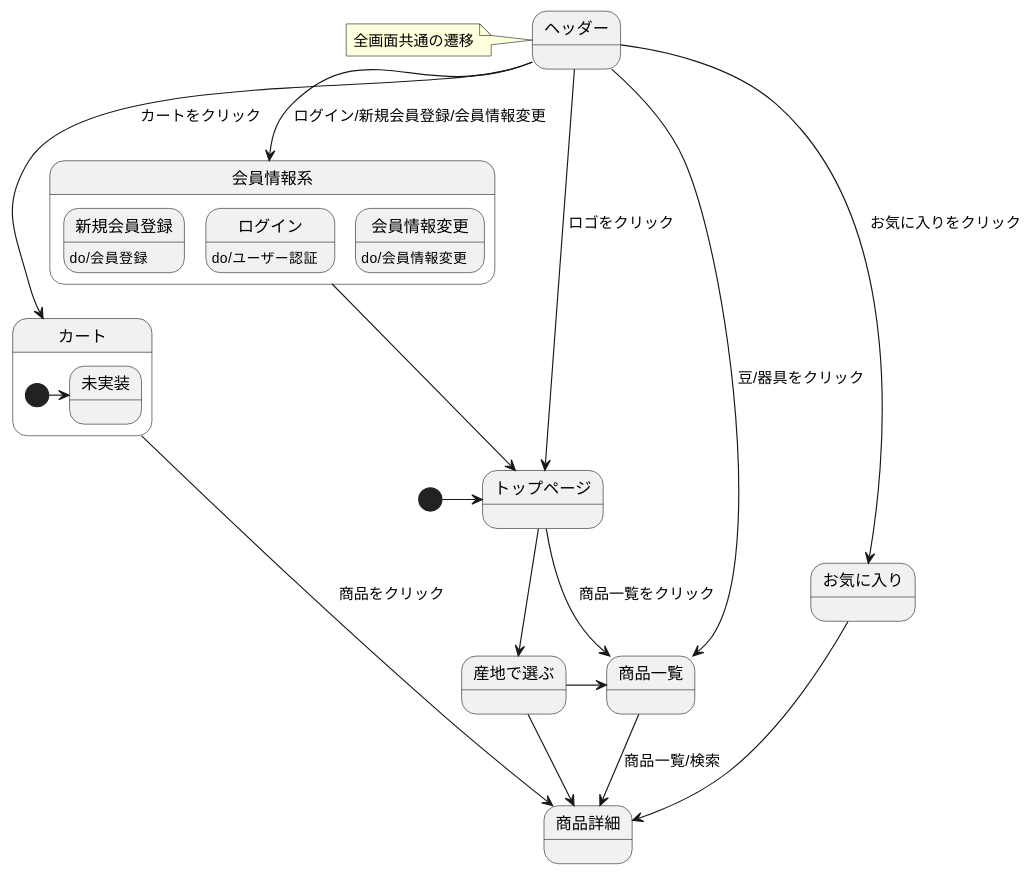
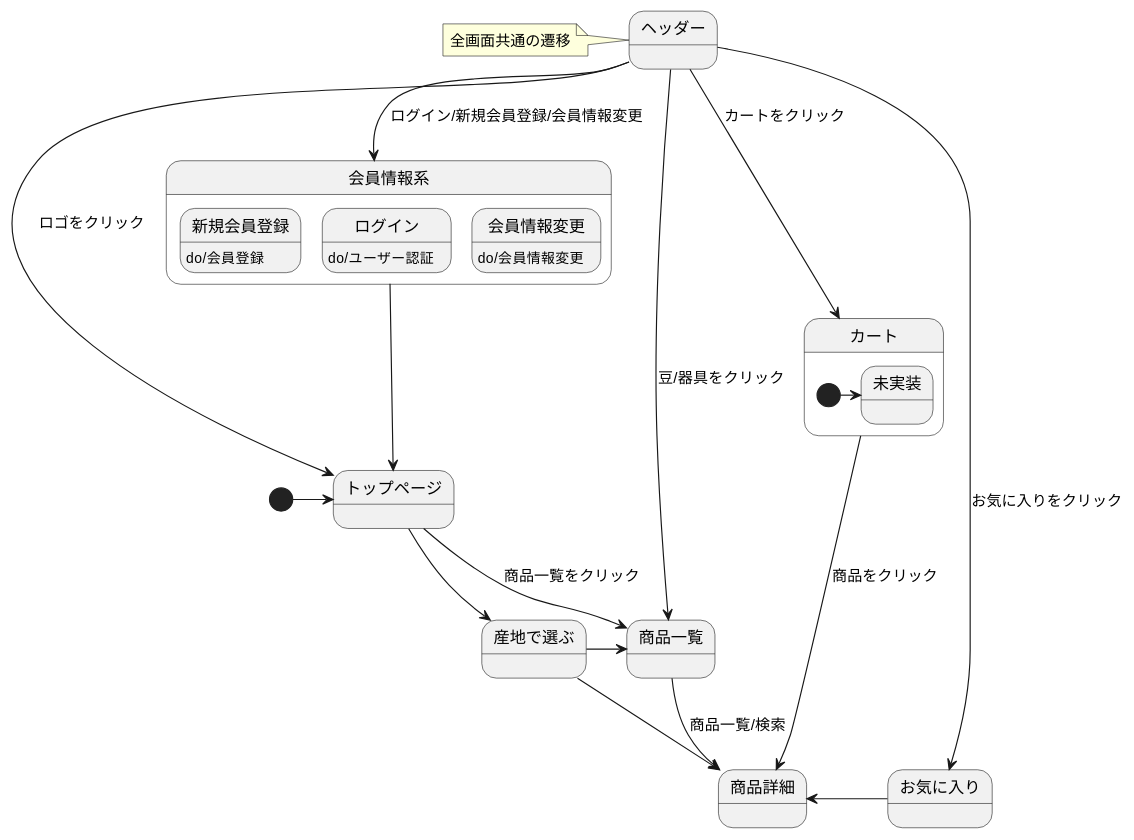
One commit to Aso2101122/coffeeEC changed the diagram in 03_画面遷移図/stm_03.md. Above: the diagram before and after it, drawn with PlantUML.

````diff
--- a/03_画面遷移図/stm_03.md
+++ b/03_画面遷移図/stm_03.md
@@ -2,34 +2,34 @@
 ```uml
 @startuml
 [*]-right->トップページ
 トップページ-right->商品一覧: 商品一覧をクリック
 トップページ-->産地で選ぶ
 産地で選ぶ-right->商品一覧
 産地で選ぶ-down->商品詳細
 商品一覧->商品詳細: 商品一覧/検索
-お気に入り-down->商品詳細
+お気に入り-left->商品詳細
 カート->商品詳細: 商品をクリック
 
 state ヘッダー{
 }
 note left of ヘッダー: 全画面共通の遷移
 
 
 ヘッダー-down->トップページ: ロゴをクリック
 ヘッダー-down->商品一覧: 豆/器具をクリック
 ヘッダー-down->会員情報系: ログイン/新規会員登録/会員情報変更
 ヘッダー-down->お気に入り: お気に入りをクリック
 ヘッダー-down->カート: カートをクリック
 
 state 会員情報系{
 新規会員登録 : do/会員登録
 ログイン : do/ユーザー認証
 会員情報変更 : do/会員情報変更
 }
 会員情報系-down->トップページ
 
 state カート{
 [*]-right->未実装
 }
 @enduml
 ```
````
